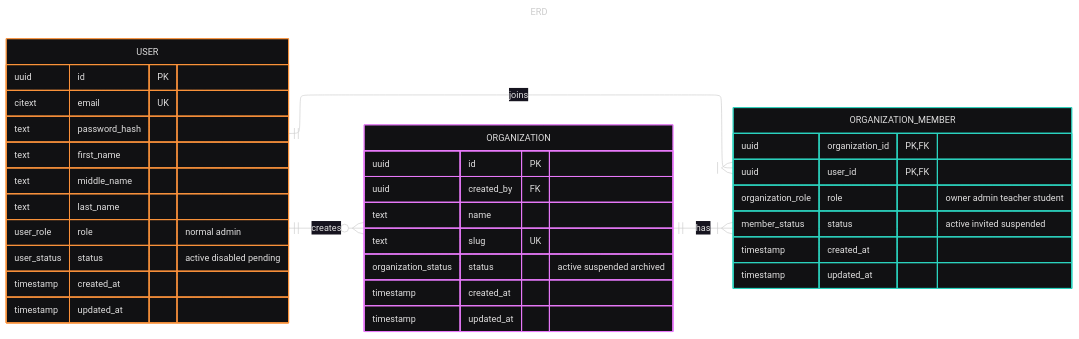
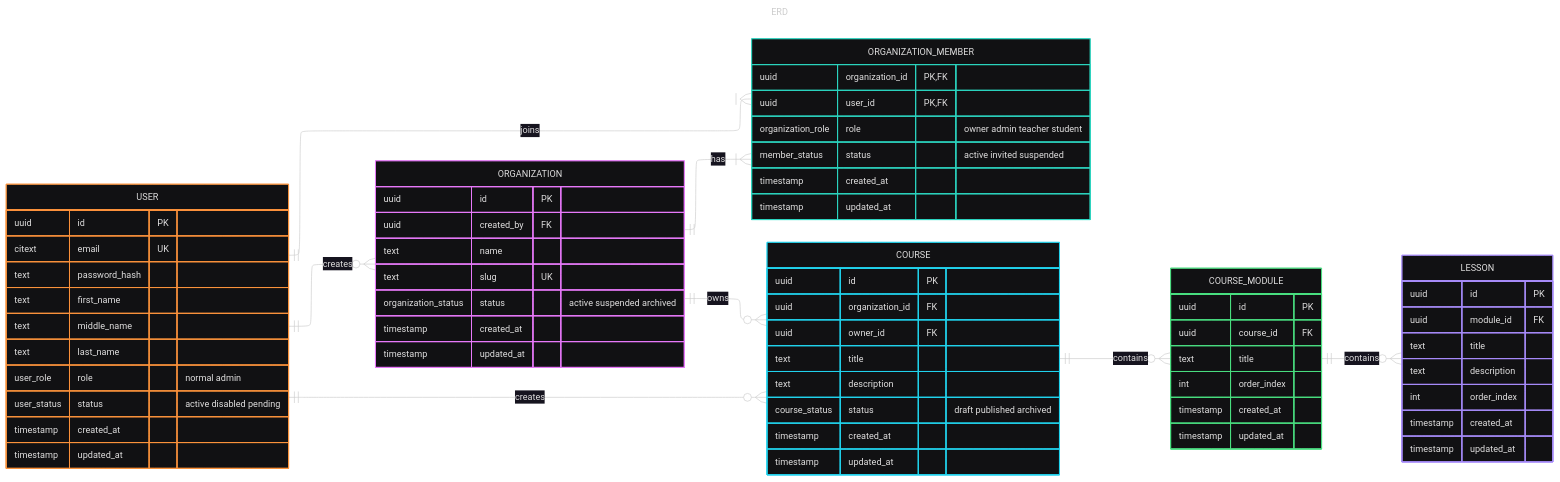
Before and after one commit to tuyennguyentech/bachelor-thesis: the diagram in docs/ERD.mmd, drawn with Mermaid. The commit also changed 24 other files, not shown here.

```diff
--- a/docs/ERD.mmd
+++ b/docs/ERD.mmd
@@ -1,169 +1,170 @@
 ---
 title: ERD
 config:
   layout: elk
   theme: redux-dark-color
 ---
 erDiagram
     direction LR
 
     ORGANIZATION ||--|{ ORGANIZATION_MEMBER : has
     USER ||--|{ ORGANIZATION_MEMBER : joins
     USER ||--o{ ORGANIZATION : creates
 
-    %% ORGANIZATION ||--o{ COURSE : owns
-    %% USER ||--o{ COURSE : creates
+    ORGANIZATION ||--o{ COURSE : owns
+    USER ||--o{ COURSE : creates
+    COURSE ||--o{ COURSE_MODULE : contains
+    COURSE_MODULE ||--o{ LESSON : contains
+
     %% COURSE ||--|{ COURSE_MEMBER : has
     %% USER ||--o{ COURSE_MEMBER : enrolls
 
-    %% COURSE ||--o{ COURSE_MODULE : contains
-    %% COURSE_MODULE ||--o{ LESSON : contains
     %% LESSON ||--o{ CONTENT_ITEM : contains
 
     %% CONTENT_ITEM ||--o{ CONTENT_ITEM_OBJECT : uses
     %% STORAGE_OBJECT ||--o{ CONTENT_ITEM_OBJECT : referenced_by
 
     %% USER ||--o{ STORAGE_OBJECT : uploads
     %% USER ||--o{ UPLOAD_SESSION : starts
     %% ORGANIZATION ||--o{ UPLOAD_SESSION : scopes
     %% UPLOAD_SESSION |o..o| STORAGE_OBJECT : finalizes
 
     %% CONTENT_ITEM ||--o{ PROCESSING_TASK : schedules
     %% USER ||--o{ PROCESSING_TASK : requested_by
 
     ORGANIZATION {
         uuid id PK
         uuid created_by FK
         text name
         text slug UK
         organization_status status "active suspended archived"
         timestamp created_at
         timestamp updated_at
     }
 
     USER {
         uuid id PK
         citext email UK
         text password_hash
         text first_name
         text middle_name
         text last_name
         user_role role "normal admin"
         user_status status "active disabled pending"
         timestamp created_at
         timestamp updated_at
     }
 
     ORGANIZATION_MEMBER {
         uuid organization_id PK,FK
         uuid user_id PK,FK
         organization_role role "owner admin teacher student"
         member_status status "active invited suspended"
         timestamp created_at
         timestamp updated_at
     }
 
-    %% COURSE {
-    %%     uuid id PK
-    %%     uuid organization_id FK
-    %%     uuid owner_id FK
-    %%     text title
-    %%     text description
-    %%     course_status status "draft published archived"
-    %%     timestamptz created_at
-    %%     timestamptz updated_at
-    %% }
+    COURSE {
+        uuid id PK
+        uuid organization_id FK
+        uuid owner_id FK
+        text title
+        text description
+        course_status status "draft published archived"
+        timestamp created_at
+        timestamp updated_at
+    }
+
+    COURSE_MODULE {
+        uuid id PK
+        uuid course_id FK
+        text title
+        int order_index
+        timestamp created_at
+        timestamp updated_at
+    }
+
+    LESSON {
+        uuid id PK
+        uuid module_id FK
+        text title
+        text description
+        int order_index
+        timestamp created_at
+        timestamp updated_at
+    }
 
     %% COURSE_MEMBER {
     %%     uuid course_id PK,FK
     %%     uuid user_id PK,FK
     %%     course_role role "owner teacher assistant student"
     %%     timestamptz joined_at
-    %% }
-
-    %% COURSE_MODULE {
-    %%     uuid id PK
-    %%     uuid course_id FK
-    %%     text title
-    %%     int order_index
-    %%     timestamptz created_at
-    %%     timestamptz updated_at
-    %% }
-
-    %% LESSON {
-    %%     uuid id PK
-    %%     uuid module_id FK
-    %%     text title
-    %%     text description
-    %%     int order_index
-    %%     timestamptz created_at
-    %%     timestamptz updated_at
     %% }
 
     %% CONTENT_ITEM {
     %%     uuid id PK
     %%     uuid lesson_id FK
     %%     content_item_type type "video audio reading coding_lab"
     %%     text title
     %%     text description
     %%     bigint duration_ms
     %%     content_processing_status processing_status "uploaded queued processing ready failed"
     %%     text processing_error
     %%     int order_index
     %%     jsonb metadata
     %%     timestamptz created_at
     %%     timestamptz updated_at
     %% }
 
     %% CONTENT_ITEM_OBJECT {
     %%     uuid content_item_id PK,FK
     %%     uuid storage_object_id PK,FK
     %%     content_object_role role "source thumbnail attachment preview transcript_raw"
     %%     bool is_primary
     %%     int order_index
     %%     timestamptz created_at
     %% }
 
     %% STORAGE_OBJECT {
     %%     uuid id PK
     %%     text bucket
     %%     text object_key UK
     %%     text original_filename
     %%     text content_type
     %%     bigint size_bytes
     %%     text sha256
     %%     storage_object_purpose purpose "video audio image document transcript submission other"
     %%     uuid created_by FK
     %%     timestamptz created_at
     %% }
 
     %% UPLOAD_SESSION {
     %%     uuid id PK
     %%     uuid organization_id FK
     %%     uuid created_by FK
     %%     uuid storage_object_id FK
     %%     text bucket
     %%     text object_key
     %%     text original_filename
     %%     text content_type
     %%     bigint expected_size_bytes
     %%     upload_session_status status "pending completed aborted expired"
     %%     timestamptz expires_at
     %%     timestamptz created_at
     %%     timestamptz completed_at
     %% }
 
     %% PROCESSING_TASK {
     %%     uuid id PK
     %%     uuid content_item_id FK
     %%     uuid requested_by FK
     %%     processing_task_type type "extract_metadata generate_thumbnail prepare_stream"
     %%     processing_task_status status "queued running succeeded failed cancelled"
     %%     int attempt_count
     %%     text error_message
     %%     timestamptz scheduled_at
     %%     timestamptz started_at
     %%     timestamptz finished_at
     %%     jsonb parameters
     %%     jsonb result
     %% }
```
